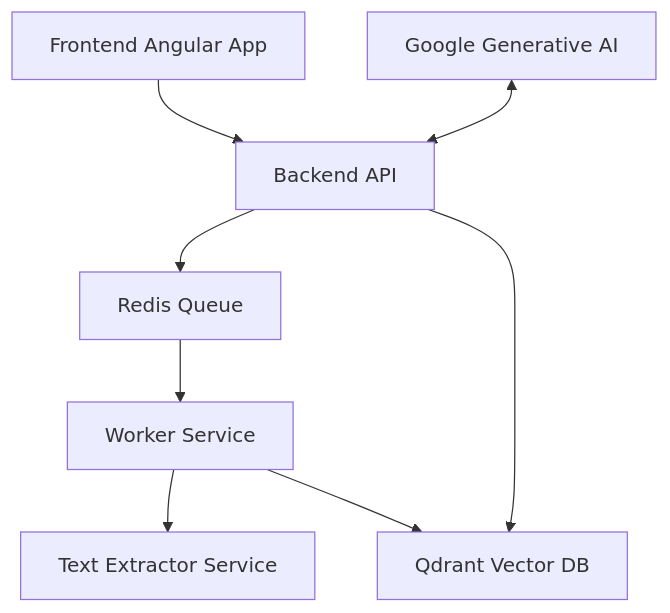
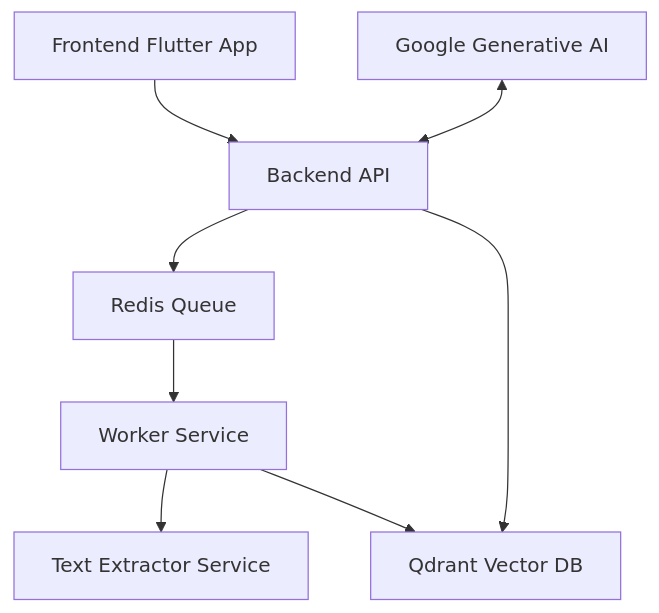
Before and after one commit to sahil28032005/Rag_application: the diagram in README.md, drawn with Mermaid.

Commit message:
readme update

````diff
--- a/README.md
+++ b/README.md
@@ -12,10 +12,10 @@
 ```mermaid
 graph TD
-    A[Frontend Angular App] --> B[Backend API]
+    A[Frontend Flutter App] --> B[Backend API]
     B --> C[Redis Queue]
     C --> D[Worker Service]
     D --> E[Text Extractor Service]
     D --> F[Qdrant Vector DB]
     B --> F
     G[Google Generative AI] <--> B
  ```
````
